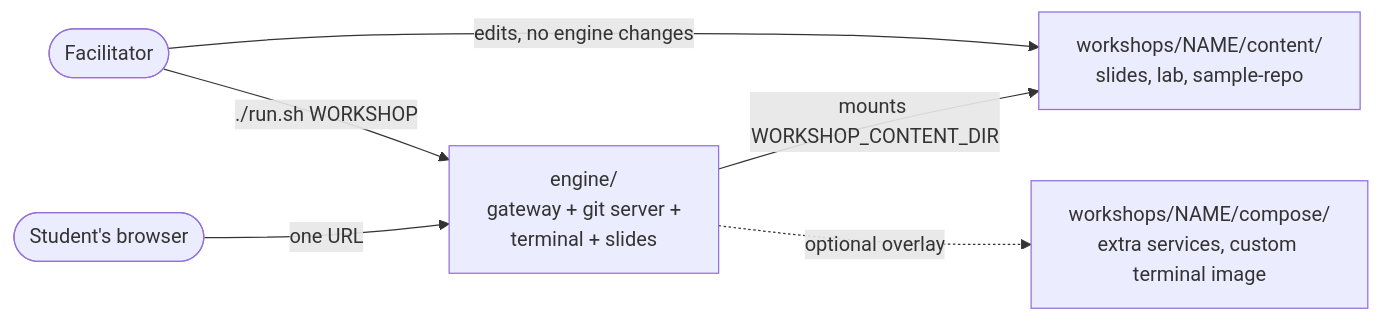
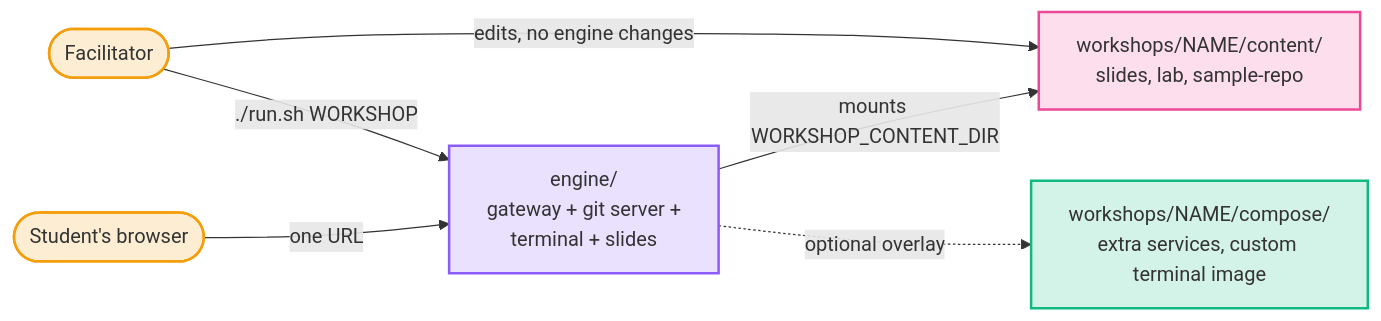
One commit to fiddler110/GitOps_Dojo changed the first of 11 diagrams in README.md. Above: the diagram before and after it, drawn with Mermaid. The commit also changed other lines of this file, not shown here.

First line of the commit message:
Colour the README diagrams by role

````diff
--- a/README.md
+++ b/README.md
@@ -140,8 +140,17 @@
 ```mermaid
 graph LR
     Student(["Student's browser"]) -->|"one URL"| Gateway["engine/<br/>gateway + git server +<br/>terminal + slides"]
     Facilitator(["Facilitator"]) -->|"./run.sh WORKSHOP"| Gateway
     Gateway -->|"mounts WORKSHOP_CONTENT_DIR"| Content["workshops/NAME/content/<br/>slides, lab, sample-repo"]
     Gateway -.->|"optional overlay"| Extra["workshops/NAME/compose/<br/>extra services, custom terminal image"]
     Facilitator -->|"edits, no engine changes"| Content
+
+    classDef addon fill:#10b9812e,stroke:#10b981,stroke-width:2px
+    classDef content fill:#ec48992e,stroke:#ec4899,stroke-width:2px
+    classDef gw fill:#8b5cf62e,stroke:#8b5cf6,stroke-width:2px
+    classDef person fill:#f59e0b2e,stroke:#f59e0b,stroke-width:2px
+    class Extra addon
+    class Content content
+    class Gateway gw
+    class Student,Facilitator person
 ```
````
